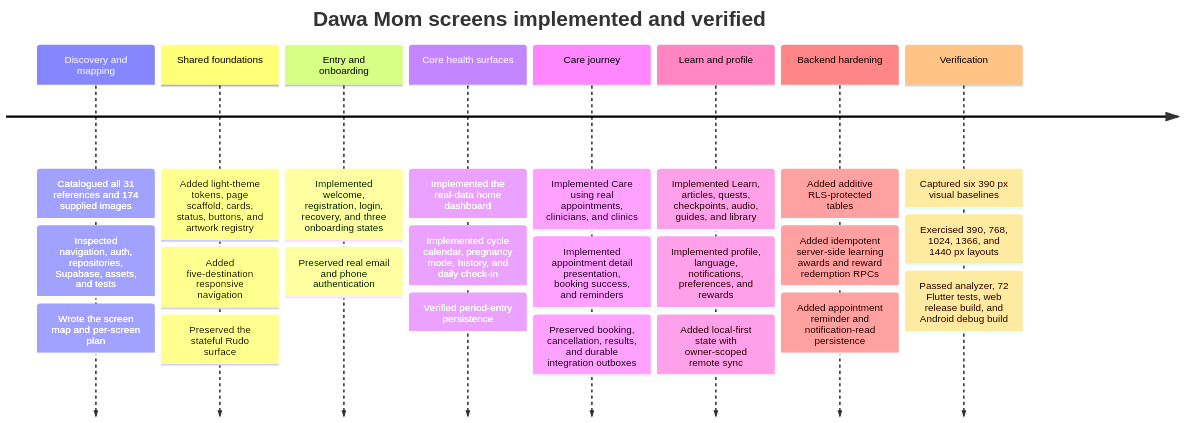
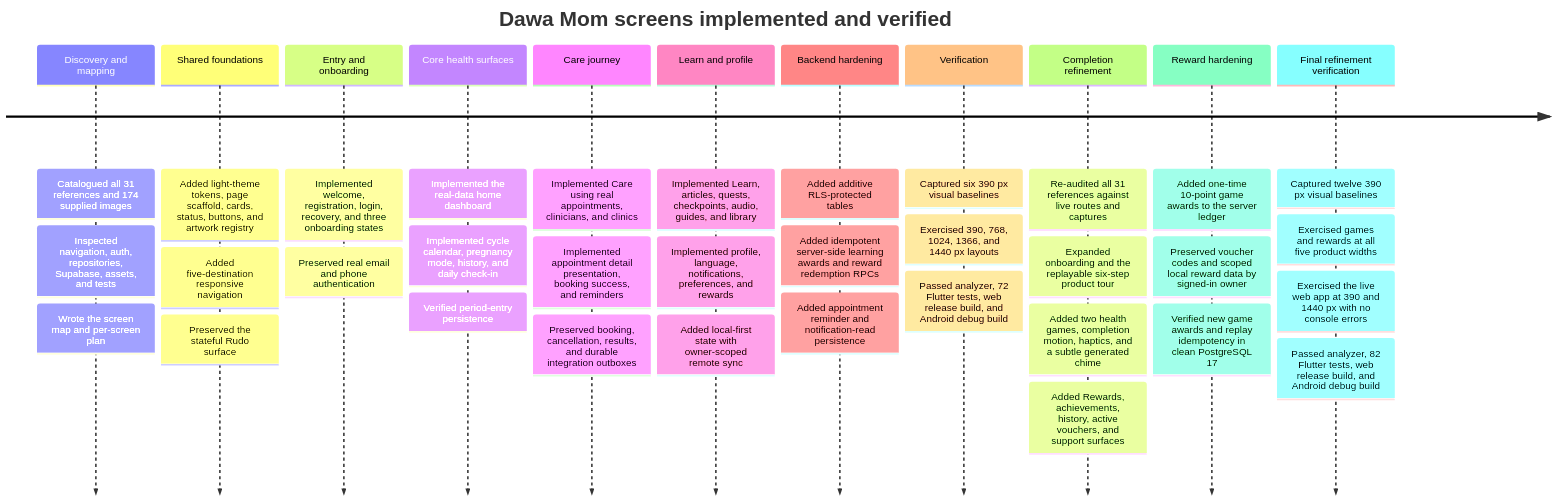
The diagram in docs/dawa_mom_screens/implementation-order.md (Samuel04-png/dawa-mom), drawn with Mermaid before and after one commit. The commit also changed 4 other files, not shown here.

Commit message:
docs: record completion audit and runtime verification

````diff
--- a/docs/dawa_mom_screens/implementation-order.md
+++ b/docs/dawa_mom_screens/implementation-order.md
@@ -3,35 +3,49 @@
 ```mermaid
 timeline
     title Dawa Mom screens implemented and verified
     Discovery and mapping
         : Catalogued all 31 references and 174 supplied images
         : Inspected navigation, auth, repositories, Supabase, assets, and tests
         : Wrote the screen map and per-screen plan
     Shared foundations
         : Added light-theme tokens, page scaffold, cards, status, buttons, and artwork registry
         : Added five-destination responsive navigation
         : Preserved the stateful Rudo surface
     Entry and onboarding
         : Implemented welcome, registration, login, recovery, and three onboarding states
         : Preserved real email and phone authentication
     Core health surfaces
         : Implemented the real-data home dashboard
         : Implemented cycle calendar, pregnancy mode, history, and daily check-in
         : Verified period-entry persistence
     Care journey
         : Implemented Care using real appointments, clinicians, and clinics
         : Implemented appointment detail presentation, booking success, and reminders
         : Preserved booking, cancellation, results, and durable integration outboxes
     Learn and profile
         : Implemented Learn, articles, quests, checkpoints, audio, guides, and library
         : Implemented profile, language, notifications, preferences, and rewards
         : Added local-first state with owner-scoped remote sync
     Backend hardening
         : Added additive RLS-protected tables
         : Added idempotent server-side learning awards and reward redemption RPCs
         : Added appointment reminder and notification-read persistence
     Verification
         : Captured six 390 px visual baselines
         : Exercised 390, 768, 1024, 1366, and 1440 px layouts
         : Passed analyzer, 72 Flutter tests, web release build, and Android debug build
+    Completion refinement
+        : Re-audited all 31 references against live routes and captures
+        : Expanded onboarding and the replayable six-step product tour
+        : Added two health games, completion motion, haptics, and a subtle generated chime
+        : Added Rewards, achievements, history, active vouchers, and support surfaces
+    Reward hardening
+        : Added one-time 10-point game awards to the server ledger
+        : Preserved voucher codes and scoped local reward data by signed-in owner
+        : Verified new game awards and replay idempotency in clean PostgreSQL 17
+    Final refinement verification
+        : Captured twelve 390 px visual baselines
+        : Exercised games and rewards at all five product widths
+        : Exercised the live web app at 390 and 1440 px with no console errors
+        : Passed analyzer, 82 Flutter tests, web release build, and Android debug build
 ```
````
